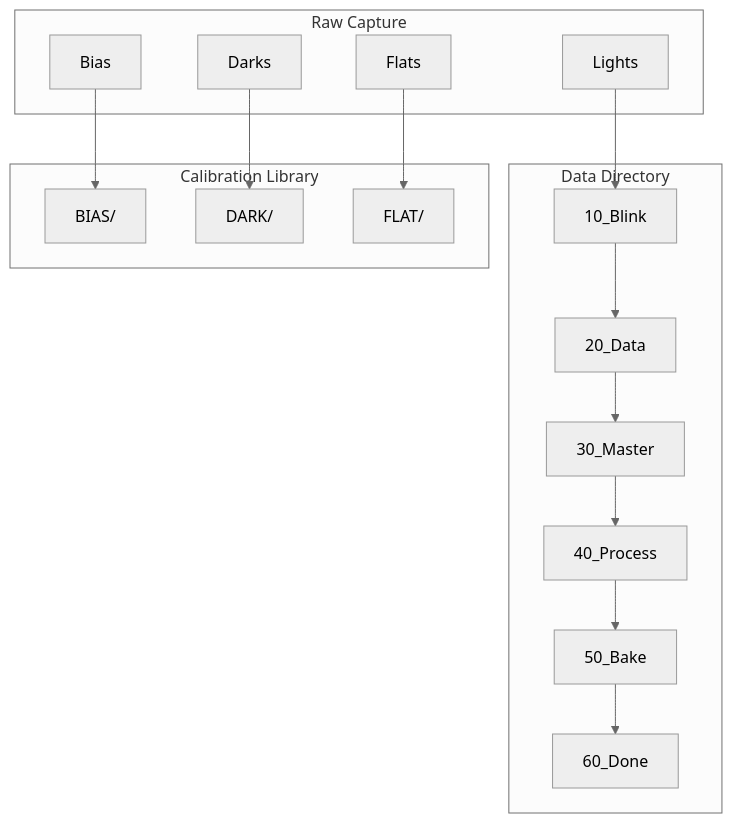
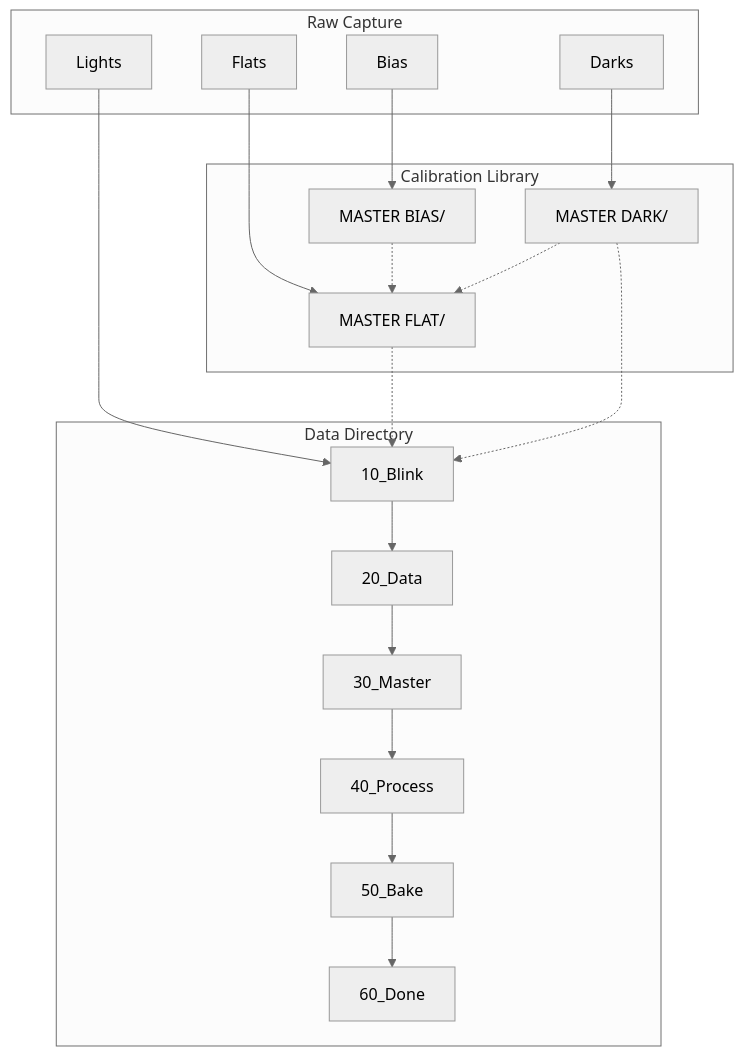
The first of 2 diagrams in docs/directory-structure.md (jewzaam/ap-base), drawn with Mermaid (neutral theme) before and after one commit. The commit also changed other lines of this file and 6 other files, not shown here.

````diff
--- a/docs/directory-structure.md
+++ b/docs/directory-structure.md
@@ -7,31 +7,36 @@
 ```mermaid
 flowchart TB
     subgraph Raw["Raw Capture"]
         RAW_LIGHTS[Lights]
         RAW_BIAS[Bias]
         RAW_DARK[Darks]
         RAW_FLAT[Flats]
     end
 
     subgraph Data["Data Directory"]
         BLINK[10_Blink]
         DATA[20_Data]
         MASTER[30_Master]
         PROCESS[40_Process]
         BAKE[50_Bake]
         DONE[60_Done]
     end
 
     subgraph Calibration["Calibration Library"]
-        BIAS_LIB[BIAS/]
-        DARK_LIB[DARK/]
-        FLAT_LIB[FLAT/]
+        BIAS_LIB[MASTER BIAS/]
+        DARK_LIB[MASTER DARK/]
+        FLAT_LIB[MASTER FLAT/]
     end
 
     RAW_LIGHTS --> BLINK
     BLINK --> DATA --> MASTER --> PROCESS --> BAKE --> DONE
 
     RAW_BIAS --> BIAS_LIB
     RAW_DARK --> DARK_LIB
     RAW_FLAT --> FLAT_LIB
+
+    BIAS_LIB -.-> FLAT_LIB
+    DARK_LIB -.-> FLAT_LIB
+    FLAT_LIB -.-> BLINK
+    DARK_LIB -.-> BLINK
 ```
````
